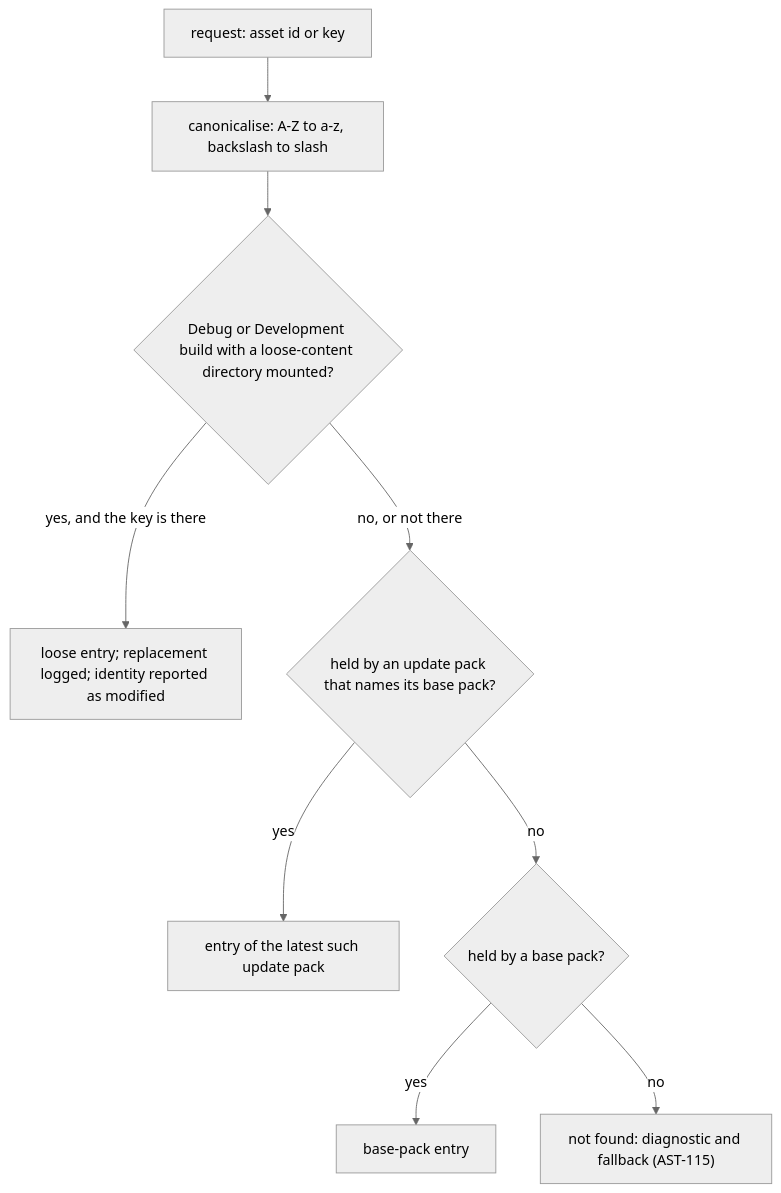
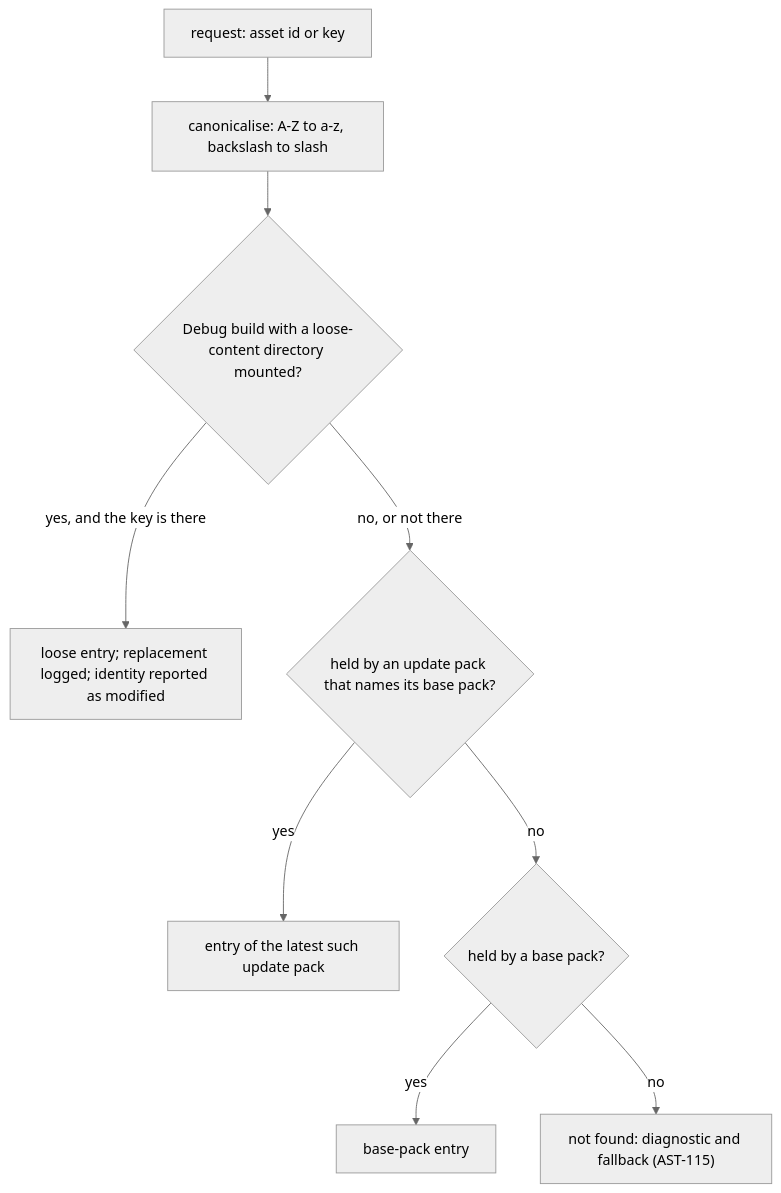
One commit to Zwaliebaba/Species.AI changed the second of 4 diagrams in design_next/architecture/components/asset_pipeline_and_resources.md. Above: the diagram before and after it, drawn with Mermaid (neutral theme). The commit also changed other lines of this file and 44 other files, not shown here.

````diff
--- a/design_next/architecture/components/asset_pipeline_and_resources.md
+++ b/design_next/architecture/components/asset_pipeline_and_resources.md
@@ -754,11 +860,11 @@
 ```mermaid
 flowchart TD
   REQ["request: asset id or key"] --> CAN["canonicalise: A-Z to a-z, backslash to slash"]
-  CAN --> LOOSE{"Debug or Development build with a loose-content directory mounted?"}
+  CAN --> LOOSE{"Debug build with a loose-content directory mounted?"}
   LOOSE -- "yes, and the key is there" --> LE["loose entry; replacement logged; identity reported as modified"]
   LOOSE -- "no, or not there" --> UPD{"held by an update pack that names its base pack?"}
   UPD -- yes --> UE["entry of the latest such update pack"]
   UPD -- no --> BASE{"held by a base pack?"}
   BASE -- yes --> BE["base-pack entry"]
   BASE -- no --> MISS["not found: diagnostic and fallback (AST-115)"]
 ```
````
